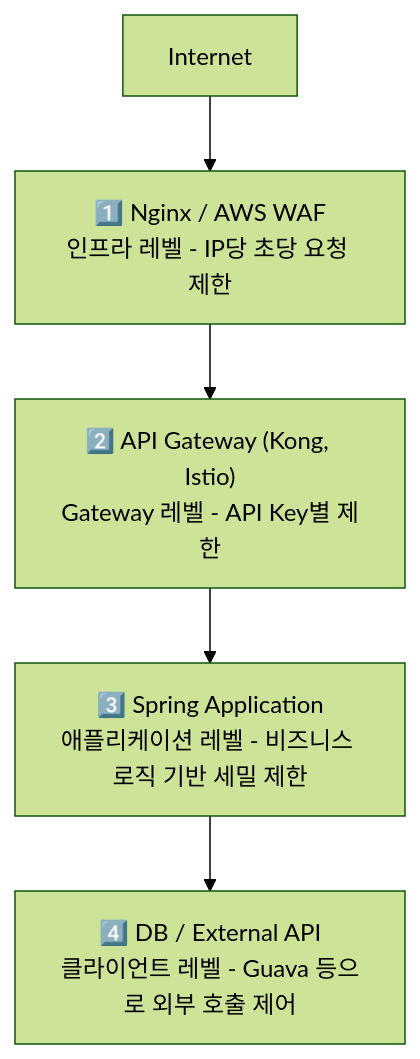
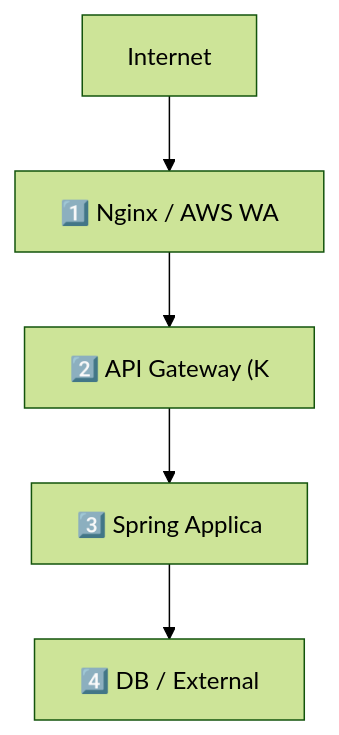
The second of 13 diagrams in _posts/spring/2026-05-01-rate-limiting.md (yjkim2015/yjkim2015.github.io), drawn with Mermaid (forest theme) before and after one commit. The commit also changed other lines of this file and 271 other files, not shown here.

First line of the commit message:
Mermaid 라벨 축소: 긴 노드 텍스트 18자 이하로 트림 + \n 제거

````diff
--- a/_posts/spring/2026-05-01-rate-limiting.md
+++ b/_posts/spring/2026-05-01-rate-limiting.md
@@ -47,8 +47,8 @@
 ```mermaid
 graph TD
     INT["Internet"]
-    INT --> NW["1️⃣ Nginx / AWS WAF\n인프라 레벨 - IP당 초당 요청 제한"]
-    NW --> GW["2️⃣ API Gateway (Kong, Istio)\nGateway 레벨 - API Key별 제한"]
-    GW --> APP["3️⃣ Spring Application\n애플리케이션 레벨 - 비즈니스 로직 기반 세밀 제한"]
-    APP --> DB["4️⃣ DB / External API\n클라이언트 레벨 - Guava 등으로 외부 호출 제어"]
+    INT --> NW["1️⃣ Nginx / AWS WA"]
+    NW --> GW["2️⃣ API Gateway (K"]
+    GW --> APP["3️⃣ Spring Applica"]
+    APP --> DB["4️⃣ DB / External"]
 ```
````
